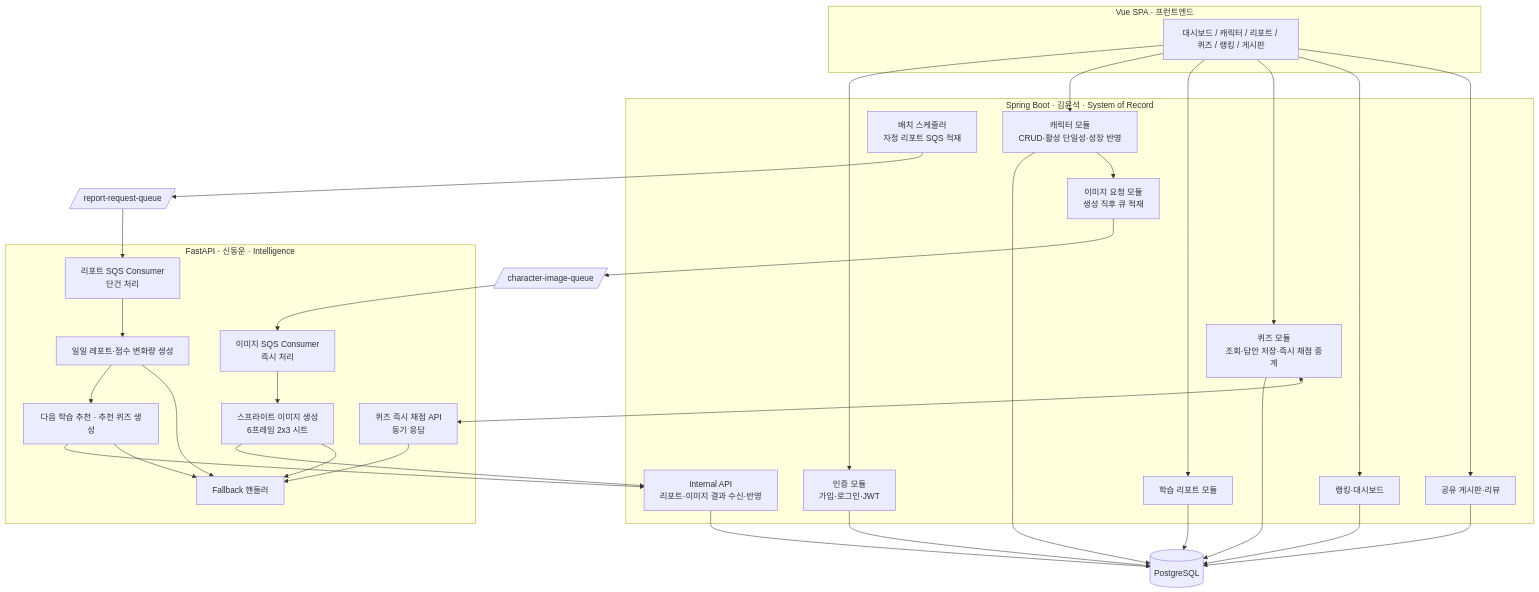
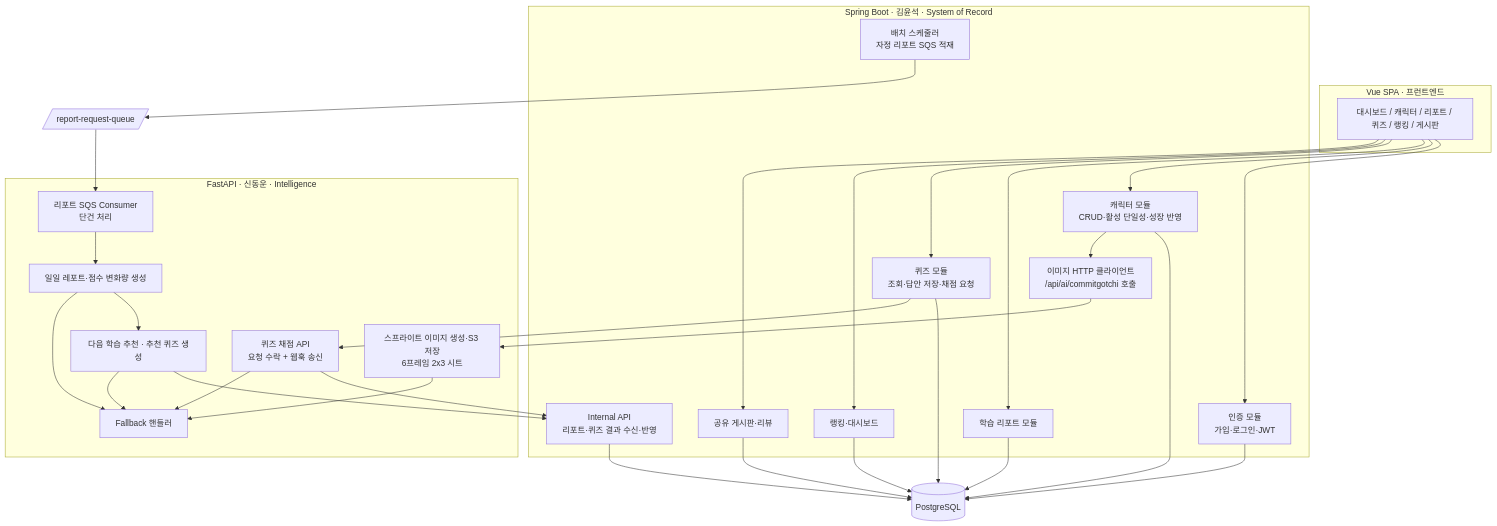
One commit to YunAndDong/commitgotchi changed the second of 7 diagrams in _bmad-output/planning-artifacts/architecture/architecture-commitgotchi-2026-06-07/architecture.md. Above: the diagram before and after it, drawn with Mermaid. The commit also changed other lines of this file, not shown here.

Commit message:
docs: align core architecture contracts

````diff
--- a/_bmad-output/planning-artifacts/architecture/architecture-commitgotchi-2026-06-07/architecture.md
+++ b/_bmad-output/planning-artifacts/architecture/architecture-commitgotchi-2026-06-07/architecture.md
@@ -148,47 +148,45 @@
 ```mermaid
 flowchart TB
   subgraph FE[Vue SPA · 프런트엔드]
     UI[대시보드 / 캐릭터 / 리포트 / 퀴즈 / 랭킹 / 게시판]
   end
 
   subgraph BE[Spring Boot · 김윤석 · System of Record]
     AUTH[인증 모듈<br/>가입·로그인·JWT]
     CHAR[캐릭터 모듈<br/>CRUD·활성 단일성·성장 반영]
     LOG[학습 리포트 모듈]
-    QUIZ[퀴즈 모듈<br/>조회·답안 저장·즉시 채점 중계]
+    QUIZ[퀴즈 모듈<br/>조회·답안 저장·채점 요청]
     BATCH[배치 스케줄러<br/>자정 리포트 SQS 적재]
-    IMGREQ[이미지 요청 모듈<br/>생성 직후 큐 적재]
-    INTERNAL[Internal API<br/>리포트·이미지 결과 수신·반영]
+    IMGREQ[이미지 HTTP 클라이언트<br/>/api/ai/commitgotchi 호출]
+    INTERNAL[Internal API<br/>리포트·퀴즈 결과 수신·반영]
     RANK[랭킹·대시보드]
     BOARD[공유 게시판·리뷰]
   end
 
   subgraph AI[FastAPI · 신동운 · Intelligence]
     CONSUMER[리포트 SQS Consumer<br/>단건 처리]
-    ICONSUMER[이미지 SQS Consumer<br/>즉시 처리]
-    GRADESYNC[퀴즈 즉시 채점 API<br/>동기 응답]
+    GRADEASYNC[퀴즈 채점 API<br/>요청 수락 + 웹훅 송신]
     REPORT[일일 레포트·점수 변화량 생성]
     RECO[다음 학습 추천 · 추천 퀴즈 생성]
-    IMG[스프라이트 이미지 생성<br/>6프레임 2x3 시트]
+    IMG[스프라이트 이미지 생성·S3 저장<br/>6프레임 2x3 시트]
     FALLBACK[Fallback 핸들러]
   end
 
   DB[(PostgreSQL)]
   RQ[/report-request-queue/]
-  IQ[/character-image-queue/]
 
   UI --> AUTH & CHAR & LOG & QUIZ & RANK & BOARD
   AUTH & CHAR & LOG & QUIZ & RANK & BOARD --> DB
 
   %% 흐름 A — 리포트(자정 배치)
   BATCH --> RQ --> CONSUMER --> REPORT --> RECO --> INTERNAL
 
-  %% 흐름 B — 퀴즈 즉시 채점(동기)
-  QUIZ <--> GRADESYNC
+  %% 흐름 B — 퀴즈 채점(비동기 웹훅)
+  QUIZ --> GRADEASYNC --> INTERNAL
 
-  %% 흐름 C — 이미지(비동기·즉시)
-  CHAR --> IMGREQ --> IQ --> ICONSUMER --> IMG --> INTERNAL
+  %% 흐름 C — 이미지(동기 HTTP)
+  CHAR --> IMGREQ --> IMG
 
-  REPORT & RECO & GRADESYNC & IMG --> FALLBACK
+  REPORT & RECO & GRADEASYNC & IMG --> FALLBACK
   INTERNAL --> DB
 ```
````
